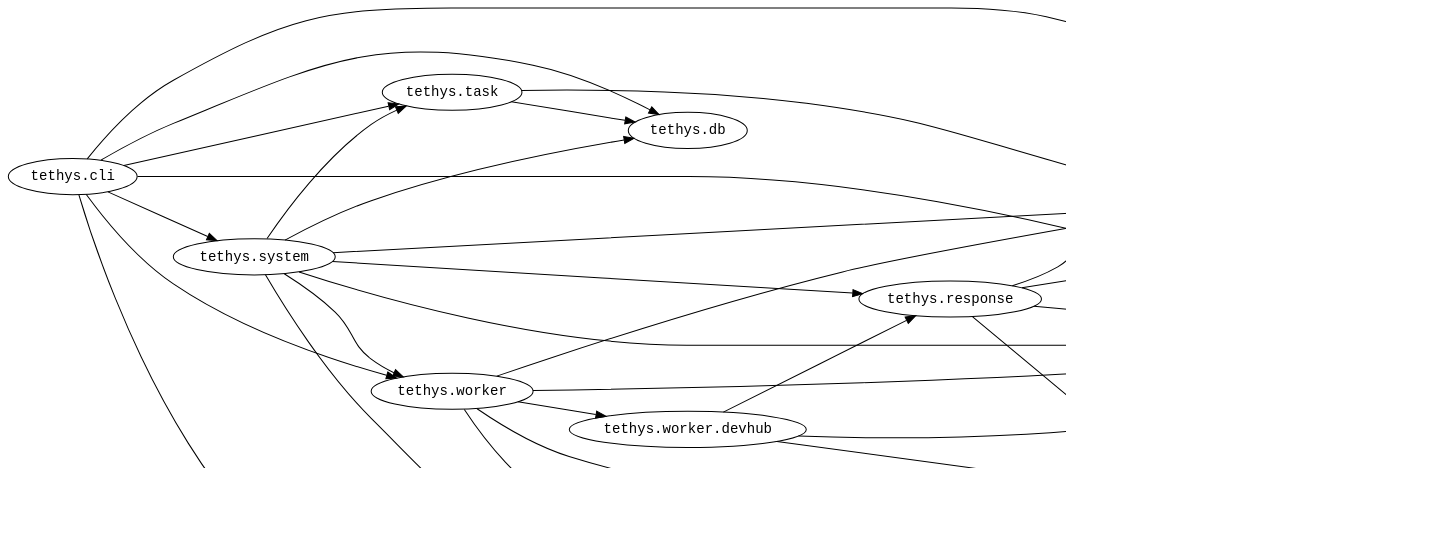
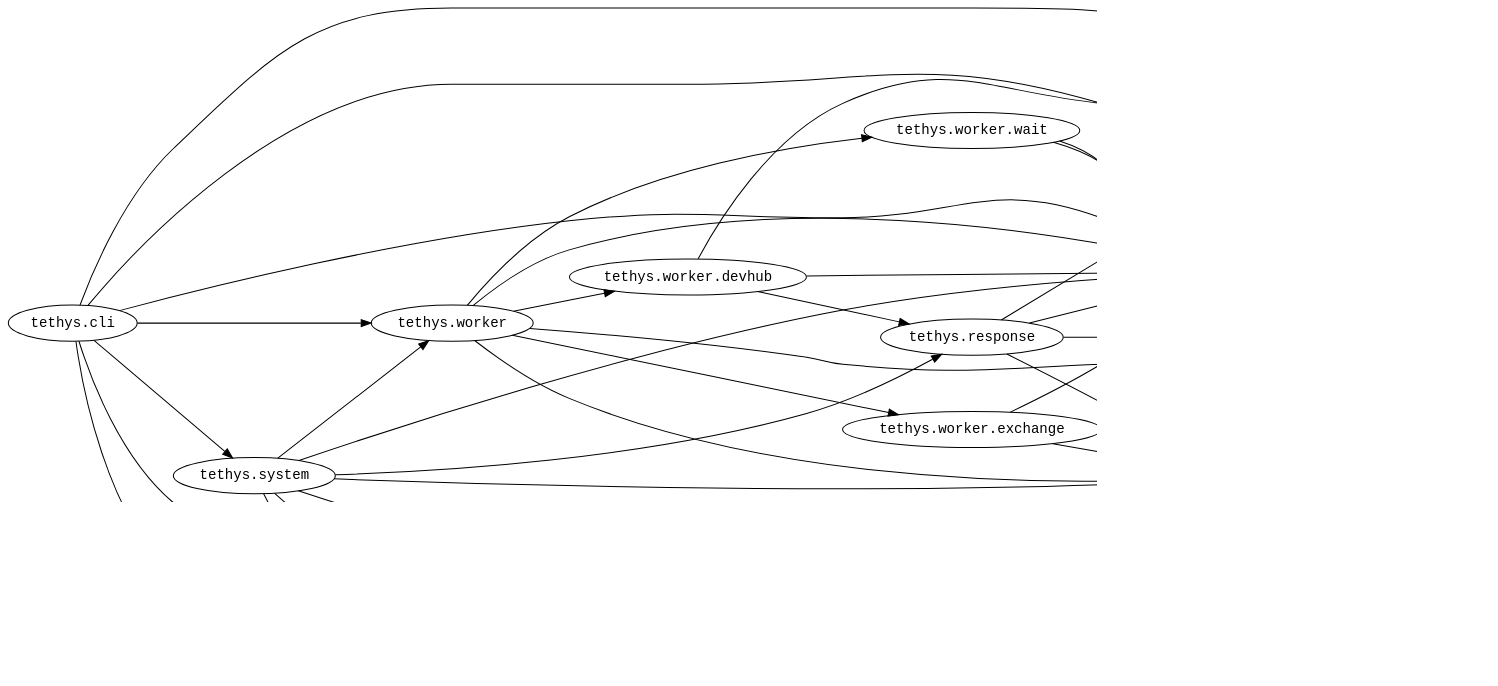
Before and after one commit to wactbprot/tethys: the diagram in namespaces.dot, drawn with Graphviz. The commit also changed 4 other files, not shown here.

```diff
--- a/namespaces.dot
+++ b/namespaces.dot
@@ -1,49 +1,55 @@
 digraph {
 graph[dpi=100, rankdir=LR]
 node[fontname="Monospace"]
 edge[fontname="Monospace"]
 
 node1568[label="tethys.docs", style=solid]
 node1569[label="tethys.system", style=solid]
 node1570[label="tethys.response", style=solid]
 node1571[label="tethys.cli", style=solid]
 node1572[label="tethys.task", style=solid]
 node1573[label="tethys.worker.wait", style=solid]
-node1574[label="tethys.exchange", style=solid]
-node1575[label="tethys.worker.devhub", style=solid]
-node1576[label="tethys.db", style=solid]
-node1577[label="tethys.model", style=solid]
-node1578[label="tethys.scheduler", style=solid]
-node1579[label="tethys.worker", style=solid]
-node1568 -> node1577[label=""]
+node1574[label="tethys.worker.exchange", style=solid]
+node1575[label="tethys.exchange", style=solid]
+node1576[label="tethys.worker.devhub", style=solid]
+node1577[label="tethys.db", style=solid]
+node1578[label="tethys.model", style=solid]
+node1579[label="tethys.scheduler", style=solid]
+node1580[label="tethys.worker", style=solid]
+node1568 -> node1578[label=""]
 node1569 -> node1570[label=""]
 node1569 -> node1572[label=""]
-node1569 -> node1574[label=""]
-node1569 -> node1576[label=""]
+node1569 -> node1575[label=""]
 node1569 -> node1577[label=""]
 node1569 -> node1578[label=""]
 node1569 -> node1579[label=""]
+node1569 -> node1580[label=""]
 node1570 -> node1568[label=""]
-node1570 -> node1574[label=""]
-node1570 -> node1577[label=""]
+node1570 -> node1575[label=""]
 node1570 -> node1578[label=""]
+node1570 -> node1579[label=""]
 node1571 -> node1568[label=""]
 node1571 -> node1569[label=""]
 node1571 -> node1572[label=""]
-node1571 -> node1576[label=""]
 node1571 -> node1577[label=""]
 node1571 -> node1578[label=""]
 node1571 -> node1579[label=""]
-node1572 -> node1574[label=""]
-node1572 -> node1576[label=""]
-node1573 -> node1577[label=""]
+node1571 -> node1580[label=""]
+node1572 -> node1575[label=""]
+node1572 -> node1577[label=""]
+node1572 -> node1578[label=""]
 node1573 -> node1578[label=""]
-node1575 -> node1570[label=""]
-node1575 -> node1577[label=""]
-node1575 -> node1578[label=""]
-node1579 -> node1573[label=""]
-node1579 -> node1574[label=""]
-node1579 -> node1575[label=""]
-node1579 -> node1577[label=""]
-node1579 -> node1578[label=""]
+node1573 -> node1579[label=""]
+node1574 -> node1575[label=""]
+node1574 -> node1578[label=""]
+node1574 -> node1579[label=""]
+node1576 -> node1570[label=""]
+node1576 -> node1578[label=""]
+node1576 -> node1579[label=""]
+node1580 -> node1573[label=""]
+node1580 -> node1574[label=""]
+node1580 -> node1575[label=""]
+node1580 -> node1576[label=""]
+node1580 -> node1578[label=""]
+node1580 -> node1579[label=""]
 }
```
